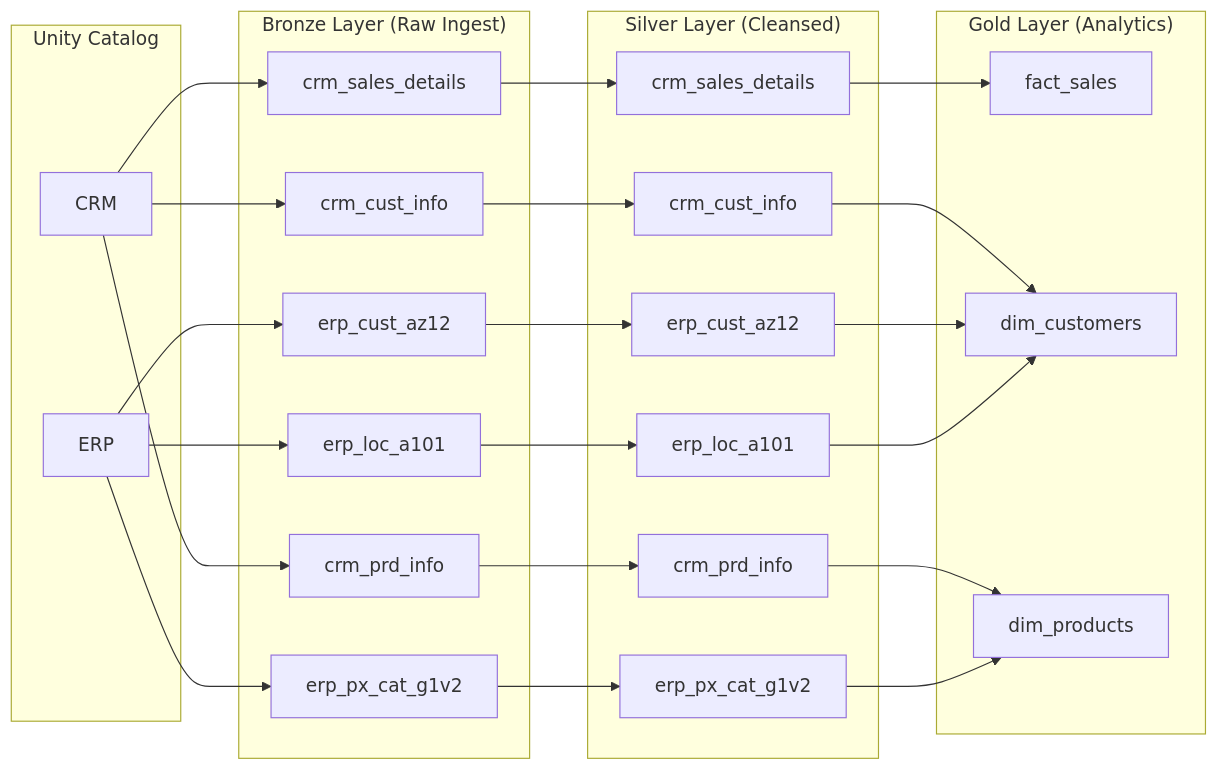
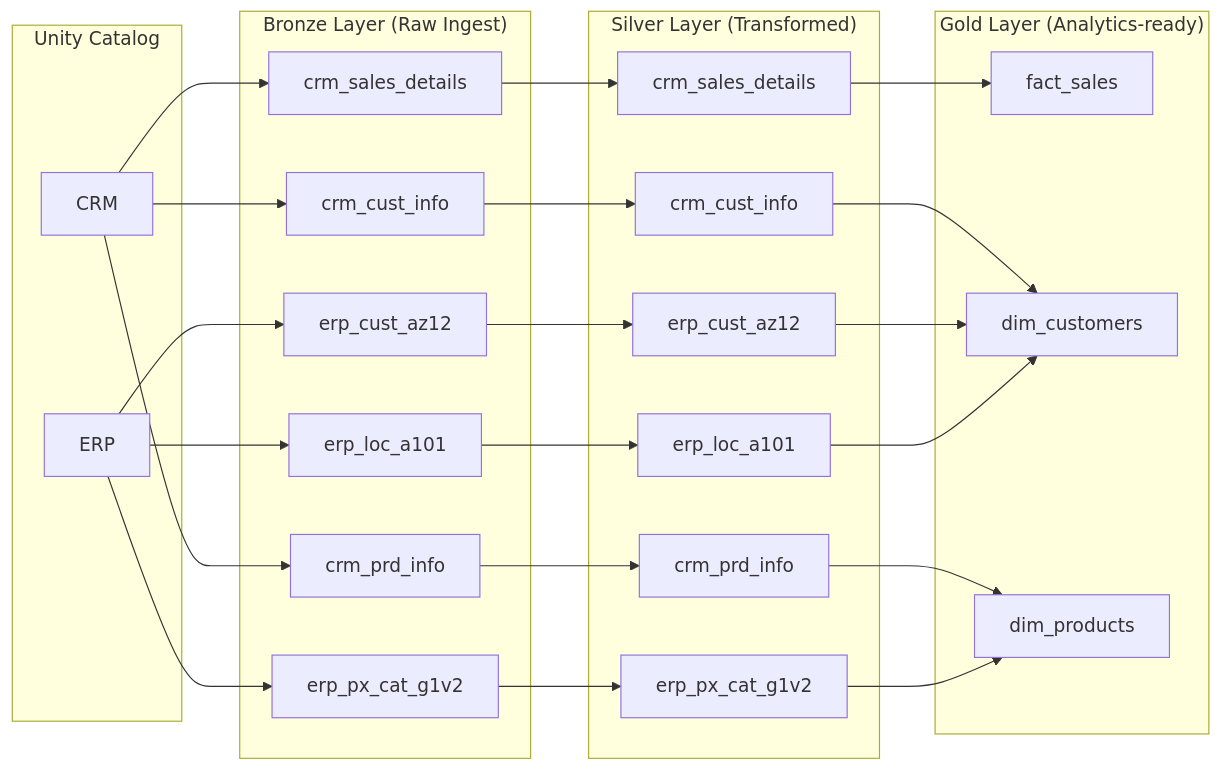
The diagram in README.md (abdulbari80/databricks-lakehouse), drawn with Mermaid before and after one commit. The commit also changed other lines of this file, not shown here.

Commit message:
Update layer names in README for clarity

````diff
--- a/README.md
+++ b/README.md
@@ -6,64 +6,64 @@
 ```mermaid
 flowchart LR
     %% ===== Sources =====
     subgraph SRC["Unity Catalog"]
         CRM["CRM"]
         ERP["ERP"]
     end
 
     %% ===== Bronze Layer =====
     subgraph BRZ["Bronze Layer (Raw Ingest)"]
         B_CRM_SALES["crm_sales_details"]
         B_CRM_CUST["crm_cust_info"]
         B_CRM_PRD["crm_prd_info"]
 
         B_ERP_CUST["erp_cust_az12"]
         B_ERP_LOC["erp_loc_a101"]
         B_ERP_PX["erp_px_cat_g1v2"]
     end
 
     %% ===== Silver Layer =====
-    subgraph SLV["Silver Layer (Cleansed)"]
+    subgraph SLV["Silver Layer (Transformed)"]
         S_CRM_SALES["crm_sales_details"]
         S_CRM_CUST["crm_cust_info"]
         S_CRM_PRD["crm_prd_info"]
 
         S_ERP_CUST["erp_cust_az12"]
         S_ERP_LOC["erp_loc_a101"]
         S_ERP_PX["erp_px_cat_g1v2"]
     end
 
     %% ===== Gold Layer =====
-    subgraph GLD["Gold Layer (Analytics)"]
+    subgraph GLD["Gold Layer (Analytics-ready)"]
         FACT_SALES["fact_sales"]
         DIM_CUSTOMERS["dim_customers"]
         DIM_PRODUCTS["dim_products"]
     end
 
     %% ===== Source to Bronze =====
     CRM --> B_CRM_SALES
     CRM --> B_CRM_CUST
     CRM --> B_CRM_PRD
 
     ERP --> B_ERP_CUST
     ERP --> B_ERP_LOC
     ERP --> B_ERP_PX
 
     %% ===== Bronze to Silver =====
     B_CRM_SALES --> S_CRM_SALES
     B_CRM_CUST --> S_CRM_CUST
     B_CRM_PRD --> S_CRM_PRD
 
     B_ERP_CUST --> S_ERP_CUST
     B_ERP_LOC --> S_ERP_LOC
     B_ERP_PX --> S_ERP_PX
 
     %% ===== Silver to Gold =====
     S_CRM_SALES --> FACT_SALES
     S_CRM_PRD --> DIM_PRODUCTS
     S_ERP_PX --> DIM_PRODUCTS
 
     S_CRM_CUST --> DIM_CUSTOMERS
     S_ERP_CUST --> DIM_CUSTOMERS
     S_ERP_LOC --> DIM_CUSTOMERS
 ```
````
